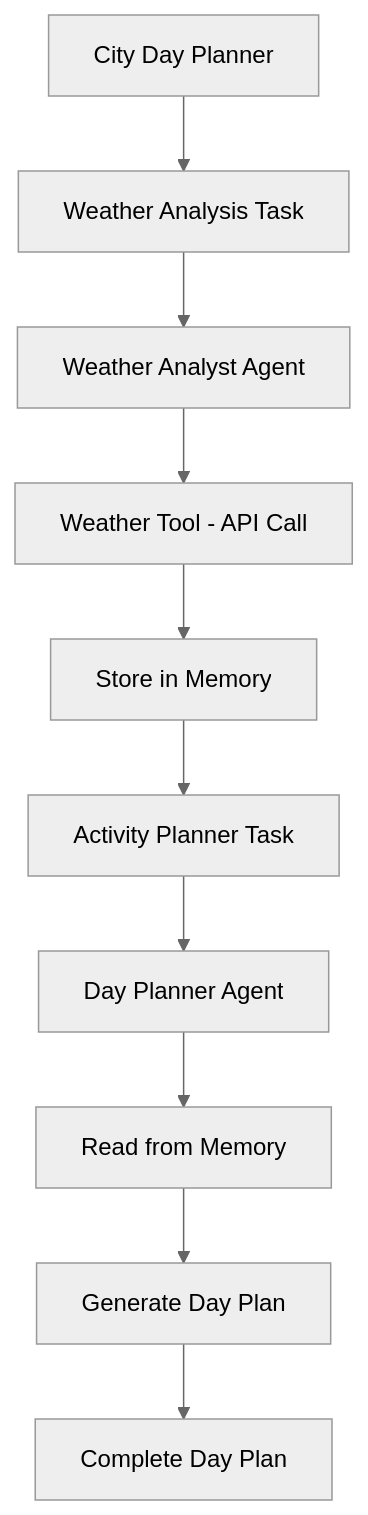
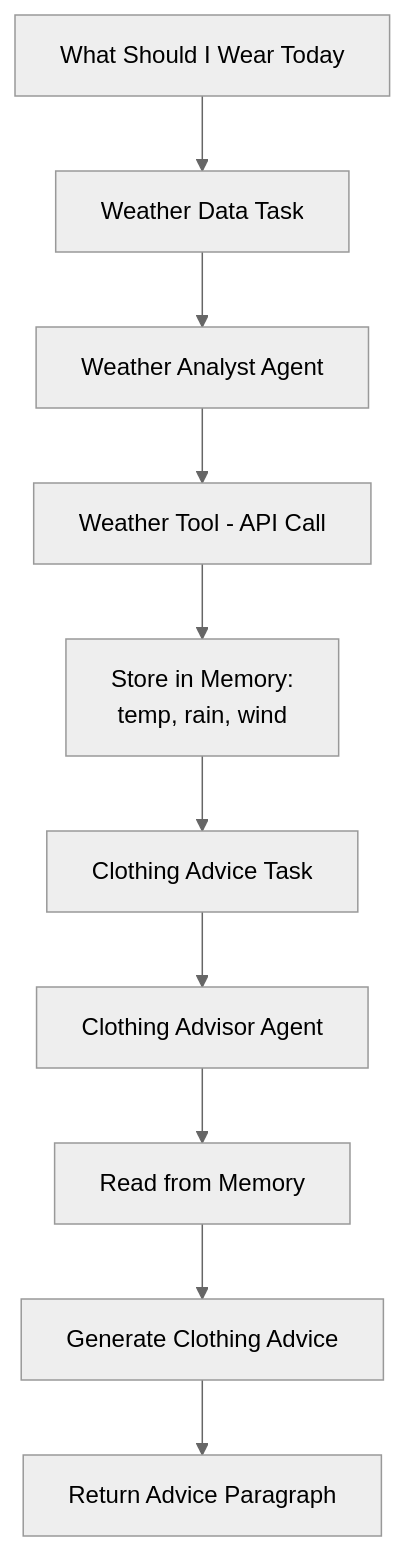
One commit to triggerdotdev/examples changed the diagram in mastra-agents/README.md. Above: the diagram before and after it, drawn with Mermaid (neutral theme). The commit also changed other lines of this file and 7 other files, not shown here.

Commit message:
Updated the task to ‘what should i wear today’

````diff
--- a/mastra-agents/README.md
+++ b/mastra-agents/README.md
@@ -200,12 +197,12 @@
 ```mermaid
 graph TD
-    A[City Day Planner] --> B[Weather Analysis Task]
+    A[What Should I Wear Today] --> B[Weather Data Task]
     B --> C[Weather Analyst Agent]
     C --> D[Weather Tool - API Call]
-    D --> E[Store in Memory]
-    E --> F[Activity Planner Task]
-    F --> G[Day Planner Agent]
+    D --> E[Store in Memory:<br/>temp, rain, wind]
+    E --> F[Clothing Advice Task]
+    F --> G[Clothing Advisor Agent]
     G --> H[Read from Memory]
-    H --> I[Generate Day Plan]
-    I --> J[Complete Day Plan]
+    H --> I[Generate Clothing Advice]
+    I --> J[Return Advice Paragraph]
 ```
````
